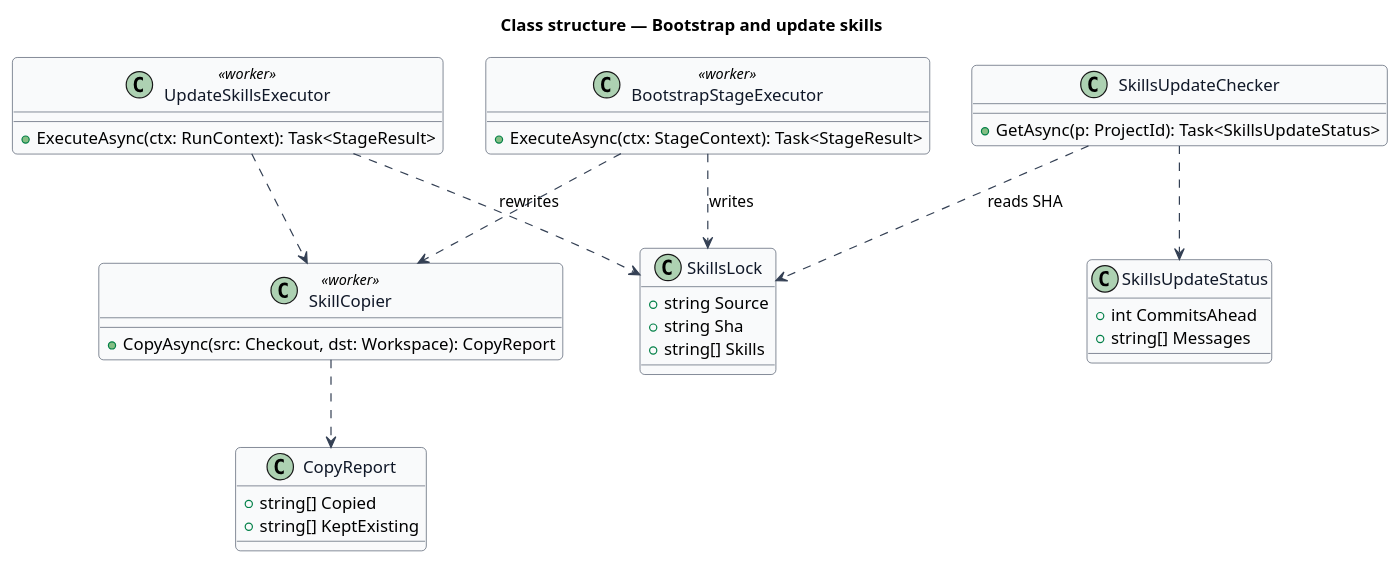
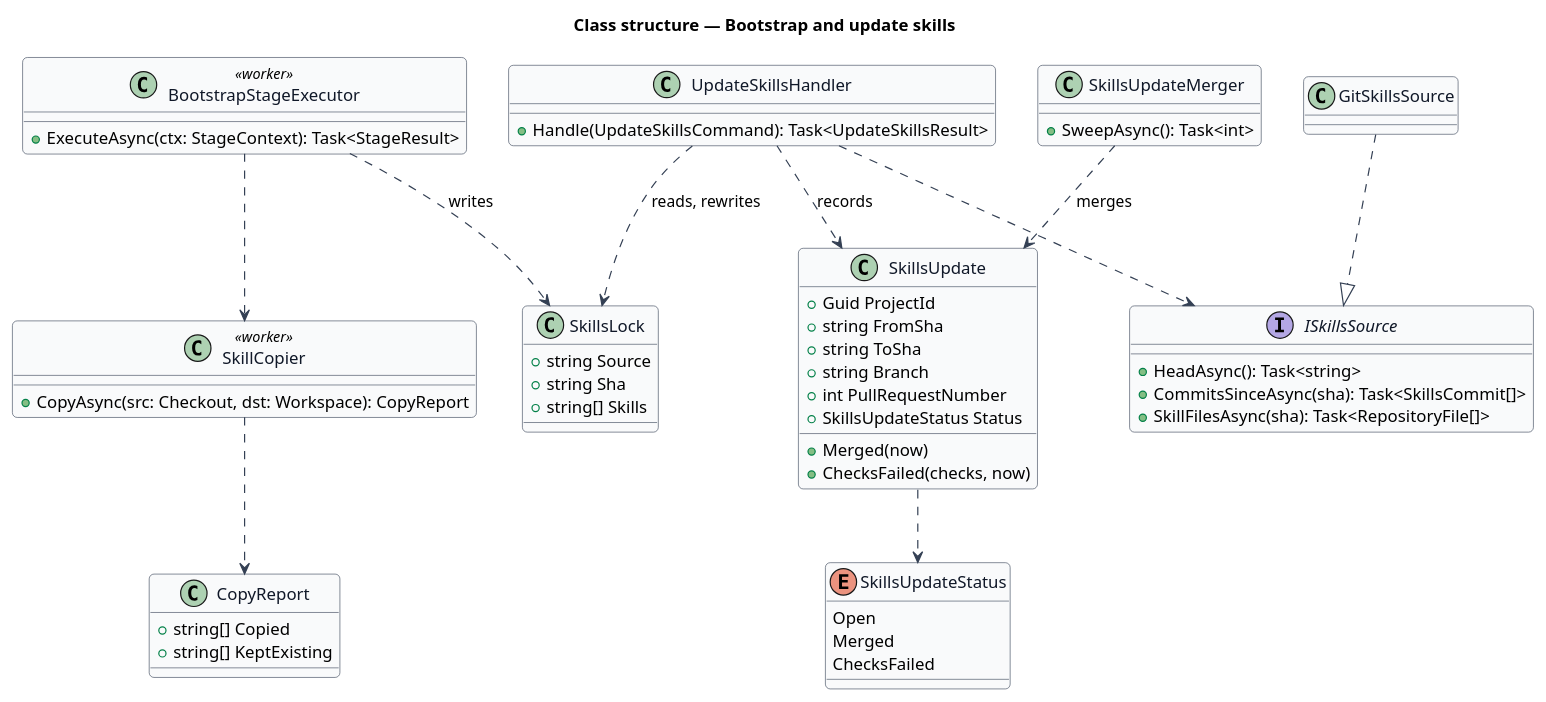
One commit to QuinntyneBrown/hewn changed the diagram in docs/detailed-designs/stages/bootstrap-skills/diagrams/class-structure.puml. Above: the diagram before and after it, drawn with PlantUML. The commit also changed 66 other files, not shown here.

First line of the commit message:
Update project skills (journey 29, L2-008) (#37)

```diff
--- a/docs/detailed-designs/stages/bootstrap-skills/diagrams/class-structure.puml
+++ b/docs/detailed-designs/stages/bootstrap-skills/diagrams/class-structure.puml
@@ -1,46 +1,65 @@
 @startuml
 skinparam backgroundColor #FFFFFF
 skinparam shadowing false
 skinparam roundcorner 8
 skinparam defaultFontName Arial
 skinparam ArrowColor #344054
 skinparam class {
   BorderColor #344054
   FontColor #101828
   BackgroundColor #F9FAFB
 }
 title Class structure — Bootstrap and update skills
 
 class SkillsLock {
   +string Source
   +string Sha
   +string[] Skills
 }
 class SkillCopier <<worker>> {
   +CopyAsync(src: Checkout, dst: Workspace): CopyReport
 }
 class CopyReport {
   +string[] Copied
   +string[] KeptExisting
 }
 class BootstrapStageExecutor <<worker>> {
   +ExecuteAsync(ctx: StageContext): Task<StageResult>
 }
-class UpdateSkillsExecutor <<worker>> {
-  +ExecuteAsync(ctx: RunContext): Task<StageResult>
+class SkillsUpdate {
+  +Guid ProjectId
+  +string FromSha
+  +string ToSha
+  +string Branch
+  +int PullRequestNumber
+  +SkillsUpdateStatus Status
+  +Merged(now)
+  +ChecksFailed(checks, now)
 }
-class SkillsUpdateChecker {
-  +GetAsync(p: ProjectId): Task<SkillsUpdateStatus>
+enum SkillsUpdateStatus {
+  Open
+  Merged
+  ChecksFailed
 }
-class SkillsUpdateStatus {
-  +int CommitsAhead
-  +string[] Messages
+interface ISkillsSource {
+  +HeadAsync(): Task<string>
+  +CommitsSinceAsync(sha): Task<SkillsCommit[]>
+  +SkillFilesAsync(sha): Task<RepositoryFile[]>
+}
+class GitSkillsSource
+class UpdateSkillsHandler {
+  +Handle(UpdateSkillsCommand): Task<UpdateSkillsResult>
+}
+class SkillsUpdateMerger {
+  +SweepAsync(): Task<int>
 }
 BootstrapStageExecutor ..> SkillCopier
 BootstrapStageExecutor ..> SkillsLock : writes
-UpdateSkillsExecutor ..> SkillCopier
-UpdateSkillsExecutor ..> SkillsLock : rewrites
 SkillCopier ..> CopyReport
-SkillsUpdateChecker ..> SkillsLock : reads SHA
-SkillsUpdateChecker ..> SkillsUpdateStatus
+GitSkillsSource ..|> ISkillsSource
+UpdateSkillsHandler ..> ISkillsSource
+UpdateSkillsHandler ..> SkillsLock : reads, rewrites
+UpdateSkillsHandler ..> SkillsUpdate : records
+SkillsUpdateMerger ..> SkillsUpdate : merges
+SkillsUpdate ..> SkillsUpdateStatus
 @enduml
```
